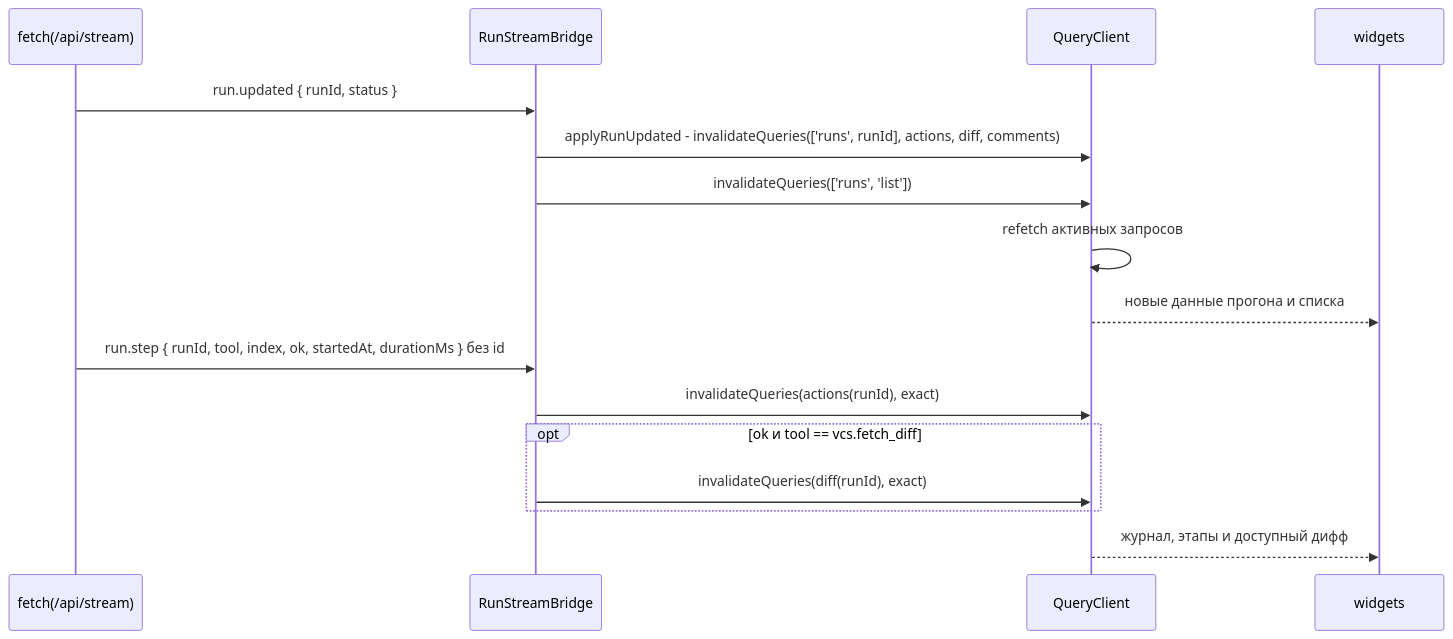
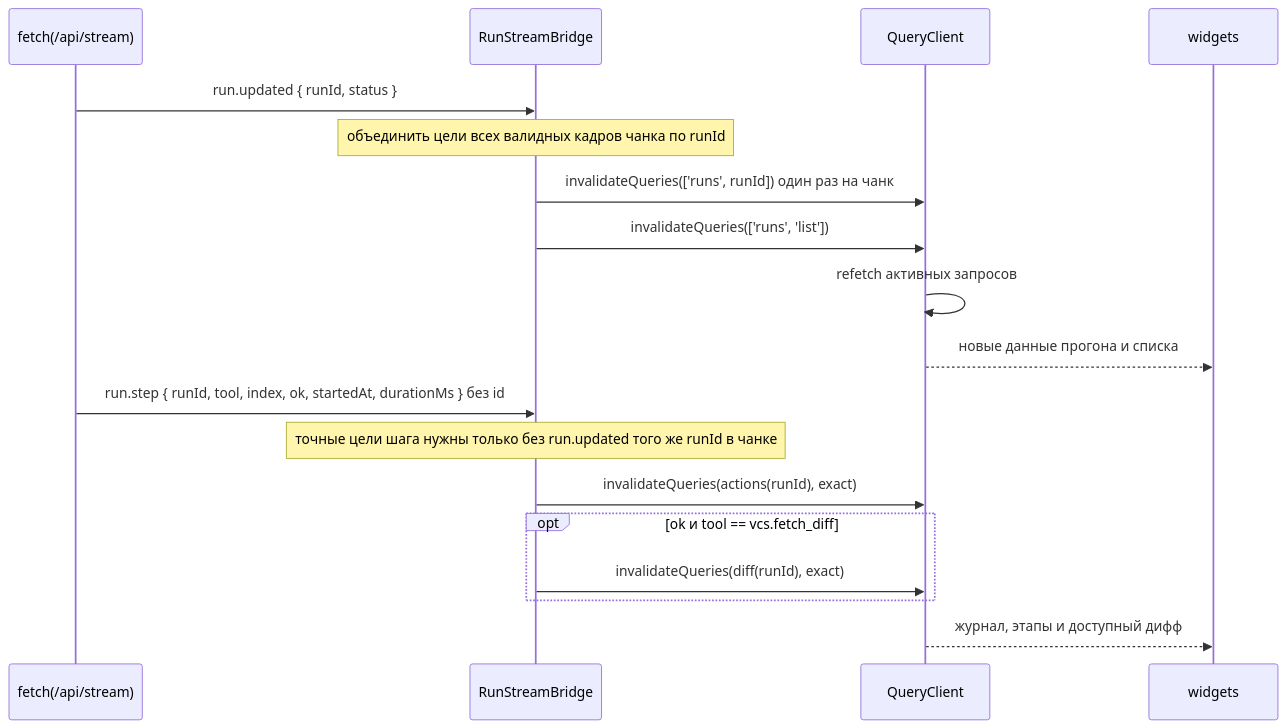
One commit to larchanka-training/dmc-268-ui-t6 changed the second of 4 diagrams in docs/FRONTEND_ARCHITECTURE.md. Above: the diagram before and after it, drawn with Mermaid. The commit also changed other lines of this file and 6 other files, not shown here.

````diff
--- a/docs/FRONTEND_ARCHITECTURE.md
+++ b/docs/FRONTEND_ARCHITECTURE.md
@@ -1050,19 +1068,21 @@
 ```mermaid
 sequenceDiagram
   participant SSE as fetch(/api/stream)
   participant Bridge as RunStreamBridge
   participant QC as QueryClient
   participant UI as widgets
 
   SSE->>Bridge: run.updated { runId, status }
-  Bridge->>QC: applyRunUpdated - invalidateQueries(['runs', runId], actions, diff, comments)
+  Note over Bridge: объединить цели всех валидных кадров чанка по runId
+  Bridge->>QC: invalidateQueries(['runs', runId]) один раз на чанк
   Bridge->>QC: invalidateQueries(['runs', 'list'])
   QC->>QC: refetch активных запросов
   QC-->>UI: новые данные прогона и списка
   SSE->>Bridge: run.step { runId, tool, index, ok, startedAt, durationMs } без id
+  Note over Bridge: точные цели шага нужны только без run.updated того же runId в чанке
   Bridge->>QC: invalidateQueries(actions(runId), exact)
   opt ok и tool == vcs.fetch_diff
     Bridge->>QC: invalidateQueries(diff(runId), exact)
   end
   QC-->>UI: журнал, этапы и доступный дифф
 ```
````
